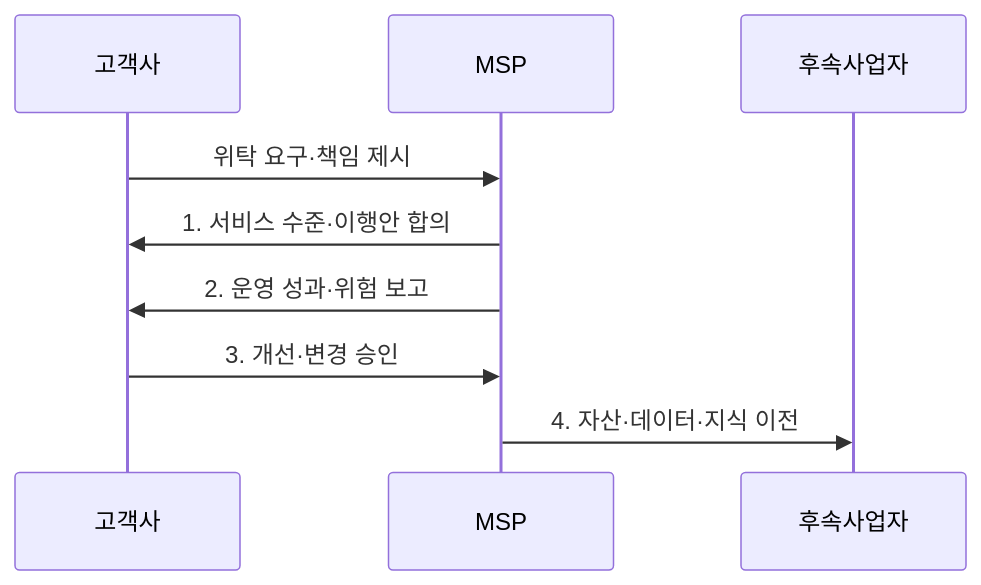
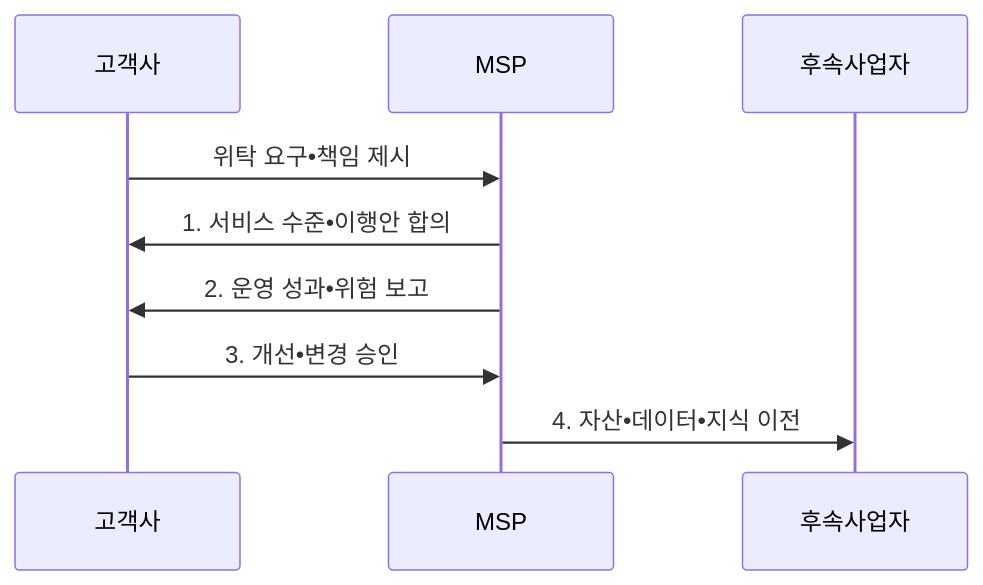
Before and after one commit to agnusdei1207/knowledge-base: the second of 2 diagrams in src/content/docs/notes/07-law-policy/014_it_outsourcing_msp.md, drawn with Mermaid. The commit also changed other lines of this file and 953 other files, not shown here.

````diff
--- a/src/content/docs/notes/07-law-policy/014_it_outsourcing_msp.md
+++ b/src/content/docs/notes/07-law-policy/014_it_outsourcing_msp.md
@@ -107,11 +107,11 @@
 ```mermaid
 sequenceDiagram
     participant C as 고객사
     participant M as MSP
     participant N as 후속사업자
-    C->>M: 위탁 요구·책임 제시
-    M->>C: 1. 서비스 수준·이행안 합의
-    M->>C: 2. 운영 성과·위험 보고
-    C->>M: 3. 개선·변경 승인
-    M->>N: 4. 자산·데이터·지식 이전
+    C->>M: 위탁 요구•책임 제시
+    M->>C: 1. 서비스 수준•이행안 합의
+    M->>C: 2. 운영 성과•위험 보고
+    C->>M: 3. 개선•변경 승인
+    M->>N: 4. 자산•데이터•지식 이전
 ```
````
